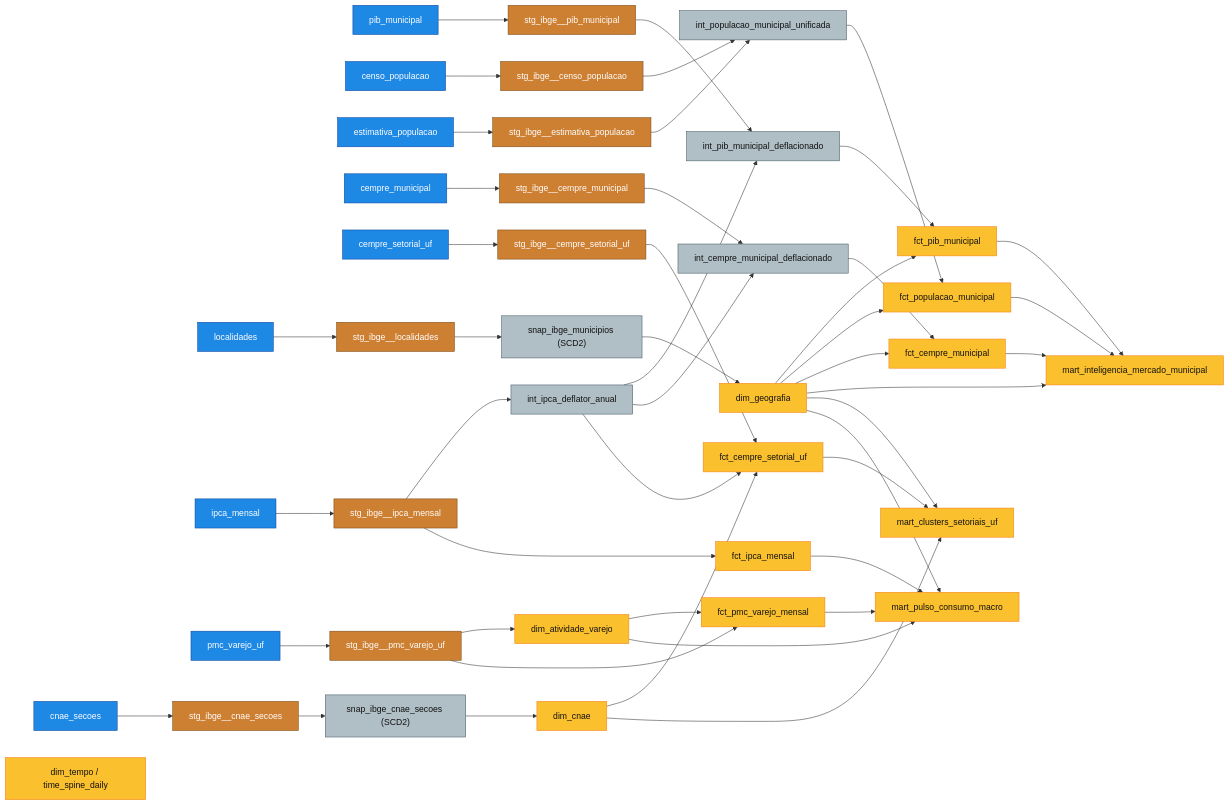
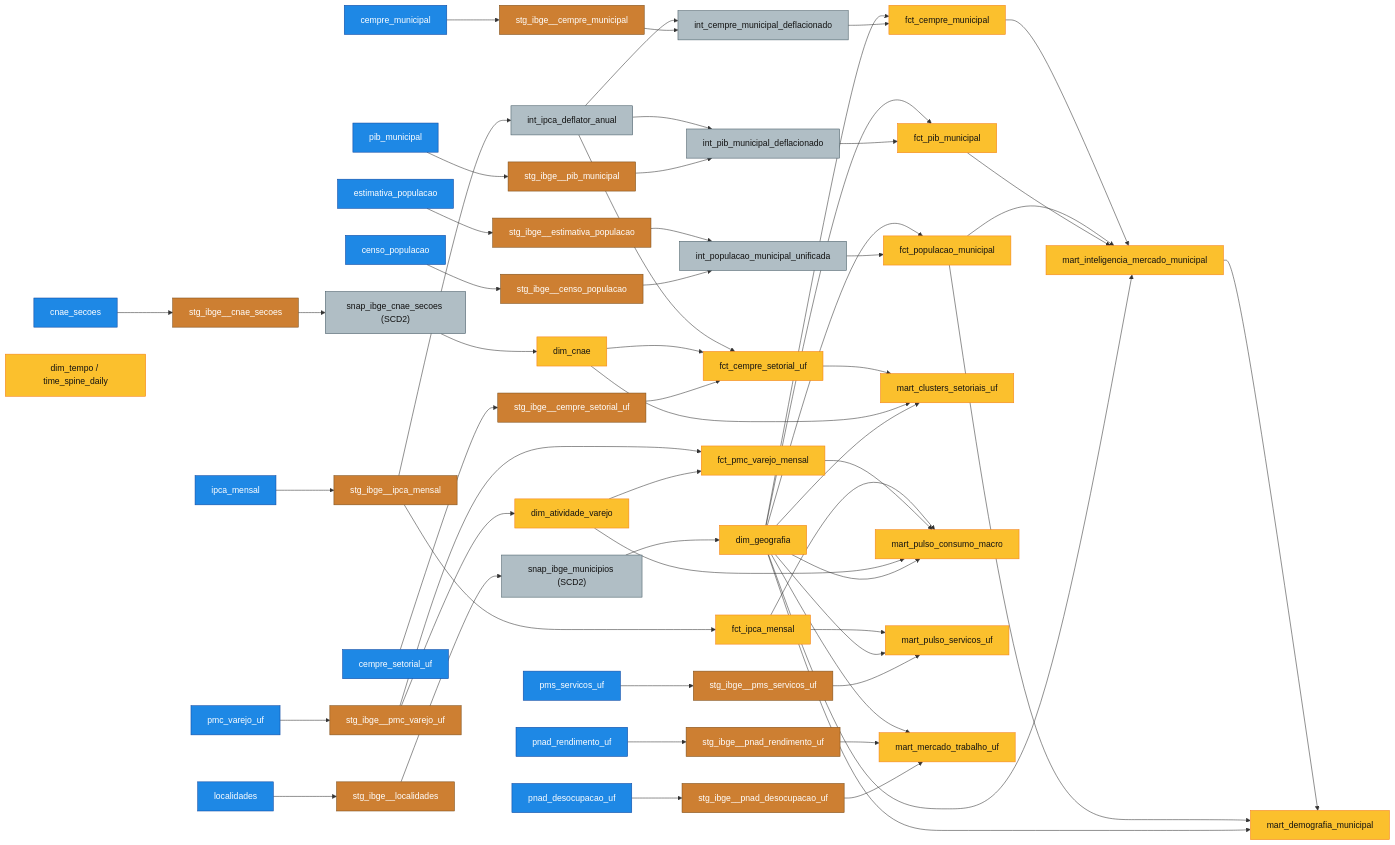
One commit to leoserpa/sidralake changed the diagram in README.md. Above: the diagram before and after it, drawn with Mermaid. The commit also changed other lines of this file and 32 other files, not shown here.

```diff
--- a/README.md
+++ b/README.md
@@ -33,8 +33,11 @@
     s_cemp_uf["cempre_setorial_uf"]:::source
     s_ipca["ipca_mensal"]:::source
     s_pmc["pmc_varejo_uf"]:::source
+    s_pms["pms_servicos_uf"]:::source
+    s_pnad_d["pnad_desocupacao_uf"]:::source
+    s_pnad_r["pnad_rendimento_uf"]:::source
 
-    %% Staging (Bronze)
+    %% Staging (Bronze -> Silver)
     stg_loc["stg_ibge__localidades"]:::staging
     stg_cnae["stg_ibge__cnae_secoes"]:::staging
     stg_pib["stg_ibge__pib_municipal"]:::staging
@@ -44,8 +47,11 @@
     stg_cemp_uf["stg_ibge__cempre_setorial_uf"]:::staging
     stg_ipca["stg_ibge__ipca_mensal"]:::staging
     stg_pmc["stg_ibge__pmc_varejo_uf"]:::staging
+    stg_pms["stg_ibge__pms_servicos_uf"]:::staging
+    stg_pnad_d["stg_ibge__pnad_desocupacao_uf"]:::staging
+    stg_pnad_r["stg_ibge__pnad_rendimento_uf"]:::staging
 
-    %% Silver Intermediate & SCD2 Snapshots (Silver)
+    %% Silver Intermediate & SCD2 Snapshots
     snap_mun["snap_ibge_municipios (SCD2)"]:::silver
     snap_cnae["snap_ibge_cnae_secoes (SCD2)"]:::silver
     int_ipca["int_ipca_deflator_anual"]:::silver
@@ -53,7 +59,7 @@
     int_pop["int_populacao_municipal_unificada"]:::silver
     int_cemp["int_cempre_municipal_deflacionado"]:::silver
 
-    %% Gold Dimensions, Facts & Marts (Gold)
+    %% Gold Dimensions, Facts & Marts
     dim_geo["dim_geografia"]:::gold
     dim_cnae["dim_cnae"]:::gold
     dim_var["dim_atividade_varejo"]:::gold
@@ -67,8 +73,11 @@
     mart_ims["mart_inteligencia_mercado_municipal"]:::gold
     mart_cl["mart_clusters_setoriais_uf"]:::gold
     mart_pmc["mart_pulso_consumo_macro"]:::gold
+    mart_pms["mart_pulso_servicos_uf"]:::gold
+    mart_trab["mart_mercado_trabalho_uf"]:::gold
+    mart_demo["mart_demografia_municipal"]:::gold
 
-    %% Lineage edges (extraidas do dbt manifest.json)
+    %% Lineage edges
     s_loc --> stg_loc --> snap_mun --> dim_geo
     s_cnae --> stg_cnae --> snap_cnae --> dim_cnae
     s_ipca --> stg_ipca --> int_ipca
@@ -100,6 +109,16 @@
     fct_pmc --> mart_pmc
     fct_ipca --> mart_pmc
 
+    s_pms --> stg_pms --> mart_pms
+    dim_geo --> mart_pms
+    fct_ipca --> mart_pms
+    s_pnad_d --> stg_pnad_d --> mart_trab
+    s_pnad_r --> stg_pnad_r --> mart_trab
+    dim_geo --> mart_trab
+    dim_geo --> mart_demo
+    fct_pop --> mart_demo
+    mart_ims --> mart_demo
+
     classDef source fill:#1E88E5,stroke:#0D47A1,color:#FFFFFF
     classDef staging fill:#CD7F32,stroke:#7B4B16,color:#FFFFFF
     classDef silver fill:#B0BEC5,stroke:#455A64,color:#111111
```
